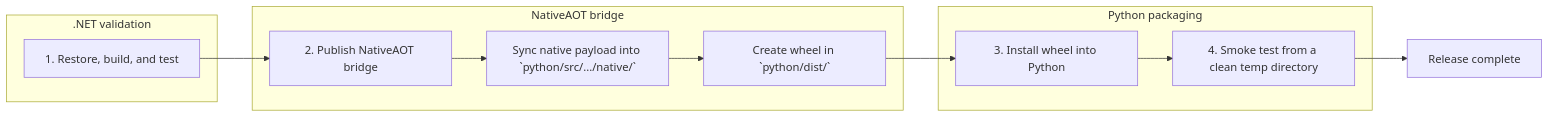
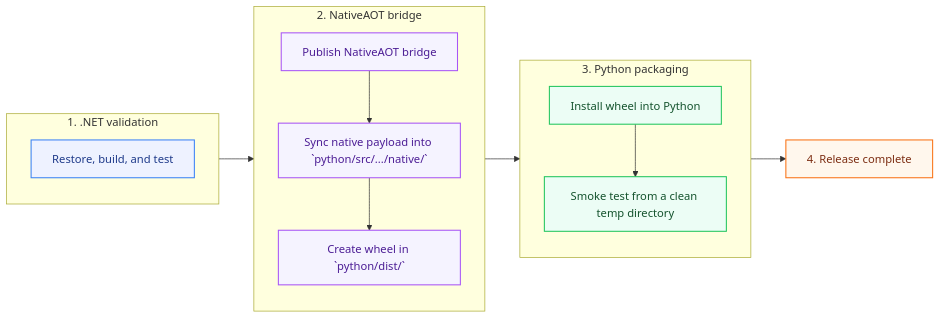
Before and after one commit to haxxornulled/SharpMCPServer: the diagram in docs/INSTALL.md, drawn with Mermaid. The commit also changed 97 other files, not shown here.

````diff
--- a/docs/INSTALL.md
+++ b/docs/INSTALL.md
@@ -11,20 +11,35 @@
 ```mermaid
 flowchart LR
-    subgraph DotNet[".NET validation"]
-        Validate["1. Restore, build, and test"]
+    classDef dotnet fill:#eef2ff,stroke:#3b82f6,color:#1e3a8a,stroke-width:1.5px;
+    classDef native fill:#f5f3ff,stroke:#a855f7,color:#4c1d95,stroke-width:1.5px;
+    classDef python fill:#ecfdf5,stroke:#22c55e,color:#14532d,stroke-width:1.5px;
+    classDef done fill:#fff7ed,stroke:#f97316,color:#7c2d12,stroke-width:1.5px;
+
+    subgraph DotNet["1. .NET validation"]
+        direction TB
+        Validate["Restore, build, and test"]:::dotnet
     end
 
-    subgraph Native["NativeAOT bridge"]
-        Publish["2. Publish NativeAOT bridge"]
-        Sync["Sync native payload into `python/src/.../native/`"]
-        Package["Create wheel in `python/dist/`"]
+    subgraph Native["2. NativeAOT bridge"]
+        direction TB
+        Publish["Publish NativeAOT bridge"]:::native
+        Sync["Sync native payload into `python/src/.../native/`"]:::native
+        Package["Create wheel in `python/dist/`"]:::native
+
+        Publish --> Sync --> Package
     end
 
-    subgraph Python["Python packaging"]
-        Install["3. Install wheel into Python"]
-        Smoke["4. Smoke test from a clean temp directory"]
+    subgraph Python["3. Python packaging"]
+        direction TB
+        Install["Install wheel into Python"]:::python
+        Smoke["Smoke test from a clean temp directory"]:::python
+
+        Install --> Smoke
     end
 
-    Validate --> Publish --> Sync --> Package --> Install
-    Install --> Smoke --> Done["Release complete"]
+    Done["4. Release complete"]:::done
+
+    Validate --> Publish
+    Package --> Install
+    Smoke --> Done
 ```
````
